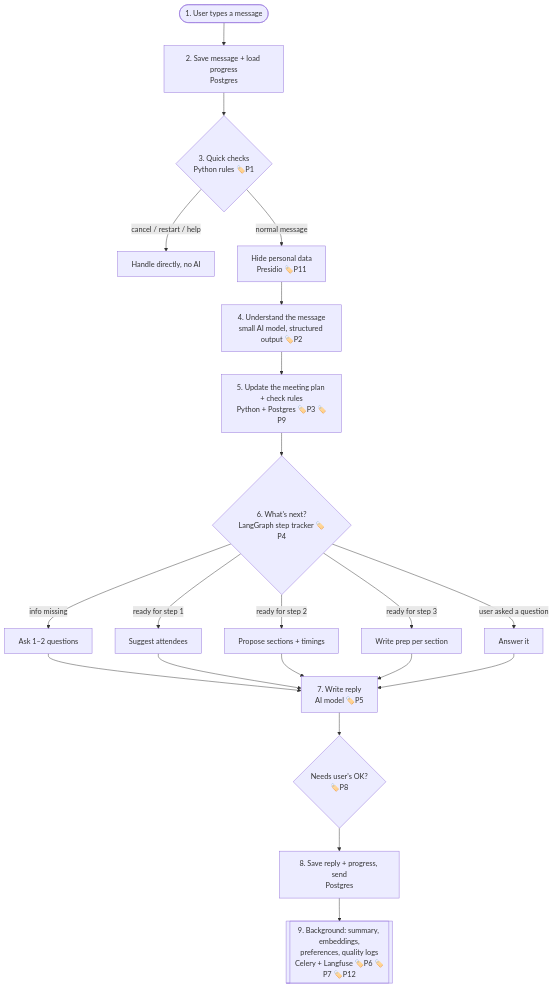
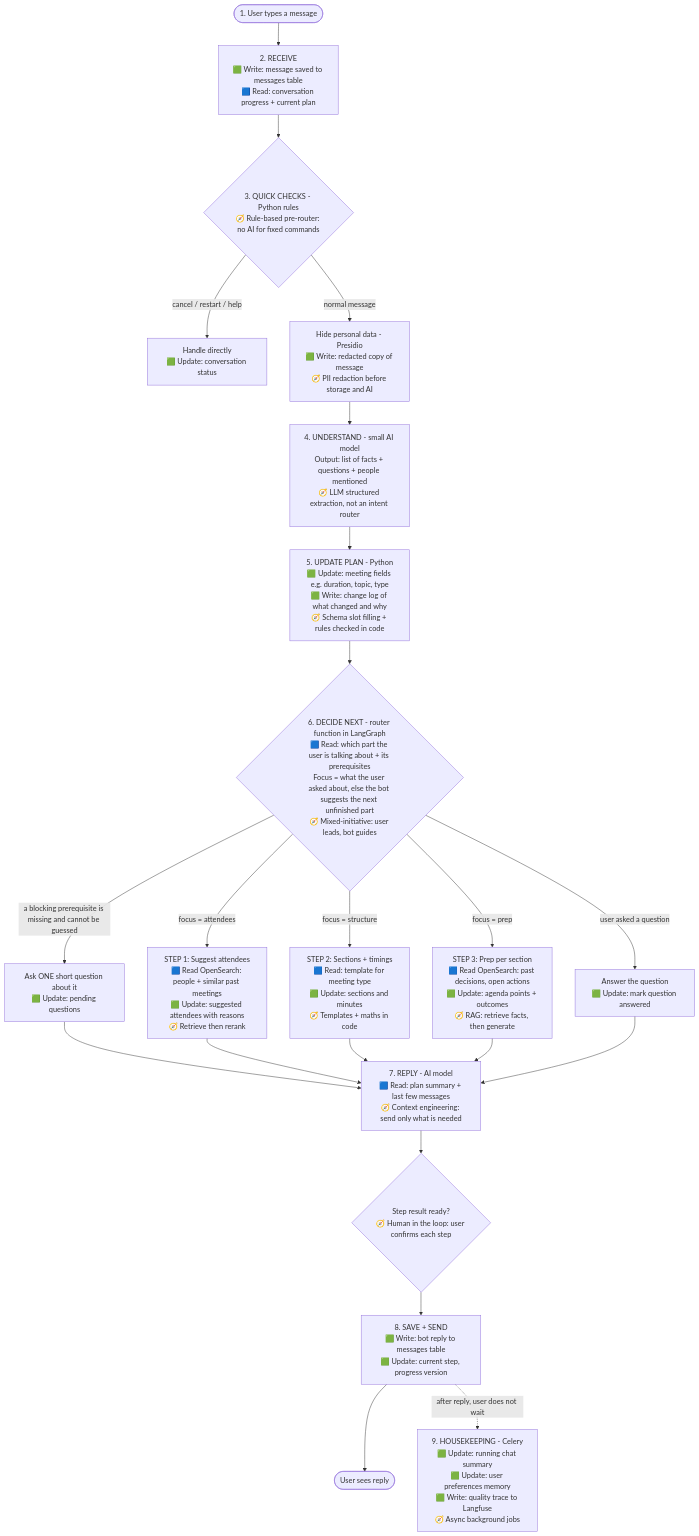
The second of 6 diagrams in hld_agenda_bot.md (sivatarun/interview2), drawn with Mermaid before and after one commit. The commit also changed other lines of this file and 3 other files, not shown here.

````diff
--- a/hld_agenda_bot.md
+++ b/hld_agenda_bot.md
@@ -28,19 +35,34 @@
 ```mermaid
 flowchart TD
-    A([1. User types a message]) --> B[2. Save message + load progress<br/>Postgres]
-    B --> C{3. Quick checks<br/>Python rules 🏷️P1}
-    C -->|cancel / restart / help| C1[Handle directly, no AI]
-    C -->|normal message| D[Hide personal data<br/>Presidio 🏷️P11]
-    D --> E[4. Understand the message<br/>small AI model, structured output 🏷️P2]
-    E --> F[5. Update the meeting plan + check rules<br/>Python + Postgres 🏷️P3 🏷️P9]
-    F --> G{6. What's next?<br/>LangGraph step tracker 🏷️P4}
-    G -->|info missing| H[Ask 1–2 questions]
-    G -->|ready for step 1| S1[Suggest attendees]
-    G -->|ready for step 2| S2[Propose sections + timings]
-    G -->|ready for step 3| S3[Write prep per section]
-    G -->|user asked a question| Q[Answer it]
-    H & S1 & S2 & S3 & Q --> R[7. Write reply<br/>AI model 🏷️P5]
-    R --> CONF{Needs user's OK?<br/>🏷️P8}
-    CONF --> SAVE[8. Save reply + progress, send<br/>Postgres]
-    SAVE --> BG[[9. Background: summary, embeddings,<br/>preferences, quality logs<br/>Celery + Langfuse 🏷️P6 🏷️P7 🏷️P12]]
+    A(["1. User types a message"]) --> B
+
+    B["2. RECEIVE<br/>🟩 Write: message saved to messages table<br/>🟦 Read: conversation progress + current plan"]
+    B --> C{"3. QUICK CHECKS - Python rules<br/>🧭 Rule-based pre-router: no AI for fixed commands"}
+    C -->|cancel / restart / help| C1["Handle directly<br/>🟩 Update: conversation status"]
+    C -->|normal message| D["Hide personal data - Presidio<br/>🟩 Write: redacted copy of message<br/>🧭 PII redaction before storage and AI"]
+
+    D --> E["4. UNDERSTAND - small AI model<br/>Output: list of facts + questions + people mentioned<br/>🧭 LLM structured extraction, not an intent router"]
+    E --> F["5. UPDATE PLAN - Python<br/>🟩 Update: meeting fields e.g. duration, topic, type<br/>🟩 Write: change log of what changed and why<br/>🧭 Schema slot filling + rules checked in code"]
+
+    F --> G{"6. DECIDE NEXT - router function in LangGraph<br/>🟦 Read: which part the user is talking about + its prerequisites<br/>Focus = what the user asked about, else the bot suggests the next unfinished part<br/>🧭 Mixed-initiative: user leads, bot guides"}
+
+    G -->|"user asked a question"| Q
+    G -->|"a blocking prerequisite is missing and cannot be guessed"| H["Ask ONE short question about it<br/>🟩 Update: pending questions"]
+    G -->|"focus = attendees"| S1["STEP 1: Suggest attendees<br/>🟦 Read OpenSearch: people + similar past meetings<br/>🟩 Update: suggested attendees with reasons<br/>🧭 Retrieve then rerank"]
+    G -->|"focus = structure"| S2["STEP 2: Sections + timings<br/>🟦 Read: template for meeting type<br/>🟩 Update: sections and minutes<br/>🧭 Templates + maths in code"]
+    G -->|"focus = prep"| S3["STEP 3: Prep per section<br/>🟦 Read OpenSearch: past decisions, open actions<br/>🟩 Update: agenda points + outcomes<br/>🧭 RAG: retrieve facts, then generate"]
+    Q["Answer the question<br/>🟩 Update: mark question answered"]
+
+    H --> R
+    S1 --> R
+    S2 --> R
+    S3 --> R
+    Q --> R
+
+    R["7. REPLY - AI model<br/>🟦 Read: plan summary + last few messages<br/>🧭 Context engineering: send only what is needed"]
+    R --> CONF{"Step result ready?<br/>🧭 Human in the loop: user confirms each step"}
+    CONF --> SAVE["8. SAVE + SEND<br/>🟩 Write: bot reply to messages table<br/>🟩 Update: current step, progress version"]
+    SAVE --> U2(["User sees reply"])
+
+    SAVE -.->|after reply, user does not wait| BG["9. HOUSEKEEPING - Celery<br/>🟩 Update: running chat summary<br/>🟩 Update: user preferences memory<br/>🟩 Write: quality trace to Langfuse<br/>🧭 Async background jobs"]
 ```
````
